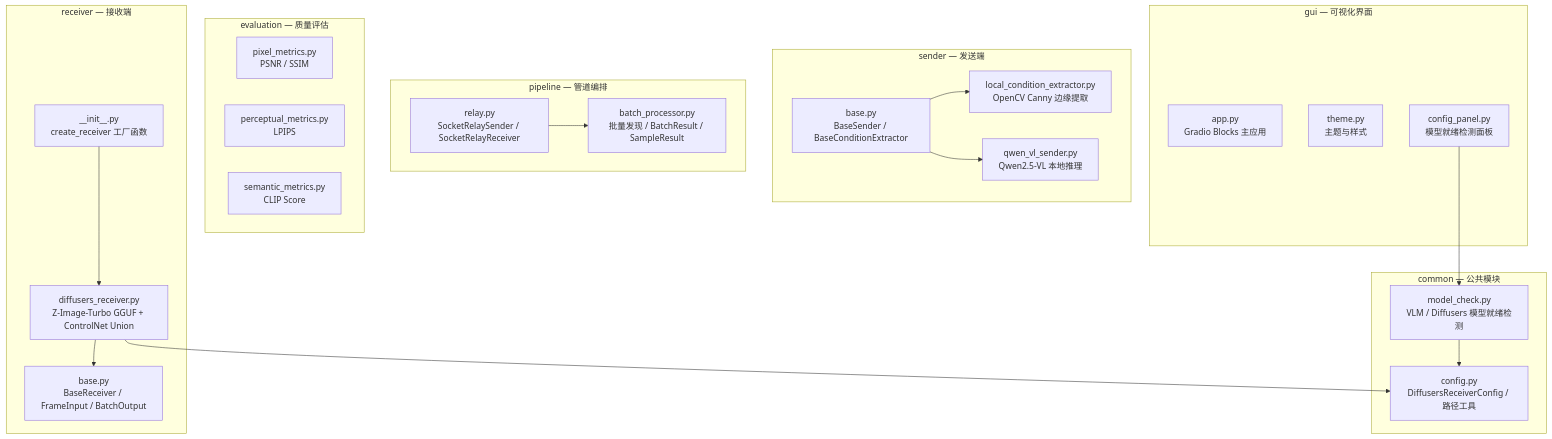
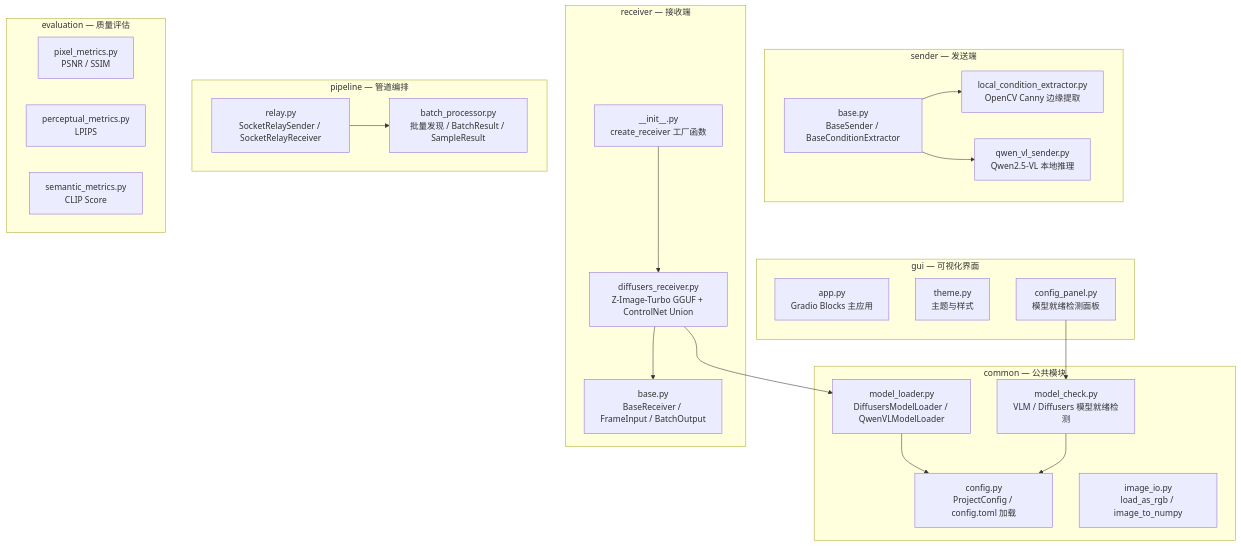
The first of 3 diagrams in docs/architecture.md (chy5301/semantic-transmission), drawn with Mermaid before and after one commit. The commit also changed other lines of this file and 7 other files, not shown here.

````diff
--- a/docs/architecture.md
+++ b/docs/architecture.md
@@ -5,46 +5,49 @@
 ```mermaid
 graph TB
     subgraph common["common — 公共模块"]
-        config["config.py<br/>DiffusersReceiverConfig / 路径工具"]
+        config["config.py<br/>ProjectConfig / config.toml 加载"]
+        model_loader["model_loader.py<br/>DiffusersModelLoader / QwenVLModelLoader"]
         model_check["model_check.py<br/>VLM / Diffusers 模型就绪检测"]
+        image_io["image_io.py<br/>load_as_rgb / image_to_numpy"]
     end
 
     subgraph sender["sender — 发送端"]
         base_s["base.py<br/>BaseSender / BaseConditionExtractor"]
         local_canny["local_condition_extractor.py<br/>OpenCV Canny 边缘提取"]
         qwen_vl["qwen_vl_sender.py<br/>Qwen2.5-VL 本地推理"]
     end
 
     subgraph receiver["receiver — 接收端"]
         base_r["base.py<br/>BaseReceiver / FrameInput / BatchOutput"]
         diffusers_r["diffusers_receiver.py<br/>Z-Image-Turbo GGUF + ControlNet Union"]
         factory["__init__.py<br/>create_receiver 工厂函数"]
     end
 
     subgraph pipeline["pipeline — 管道编排"]
         relay["relay.py<br/>SocketRelaySender / SocketRelayReceiver"]
         batch["batch_processor.py<br/>批量发现 / BatchResult / SampleResult"]
     end
 
     subgraph evaluation["evaluation — 质量评估"]
         pixel["pixel_metrics.py<br/>PSNR / SSIM"]
         perceptual["perceptual_metrics.py<br/>LPIPS"]
         semantic["semantic_metrics.py<br/>CLIP Score"]
     end
 
     subgraph gui["gui — 可视化界面"]
         app["app.py<br/>Gradio Blocks 主应用"]
         theme["theme.py<br/>主题与样式"]
         config_panel["config_panel.py<br/>模型就绪检测面板"]
     end
 
     config_panel --> model_check
     model_check --> config
 
     base_s --> local_canny
     base_s --> qwen_vl
     diffusers_r --> base_r
-    diffusers_r --> config
+    diffusers_r --> model_loader
+    model_loader --> config
     factory --> diffusers_r
     relay --> batch
 ```
````
